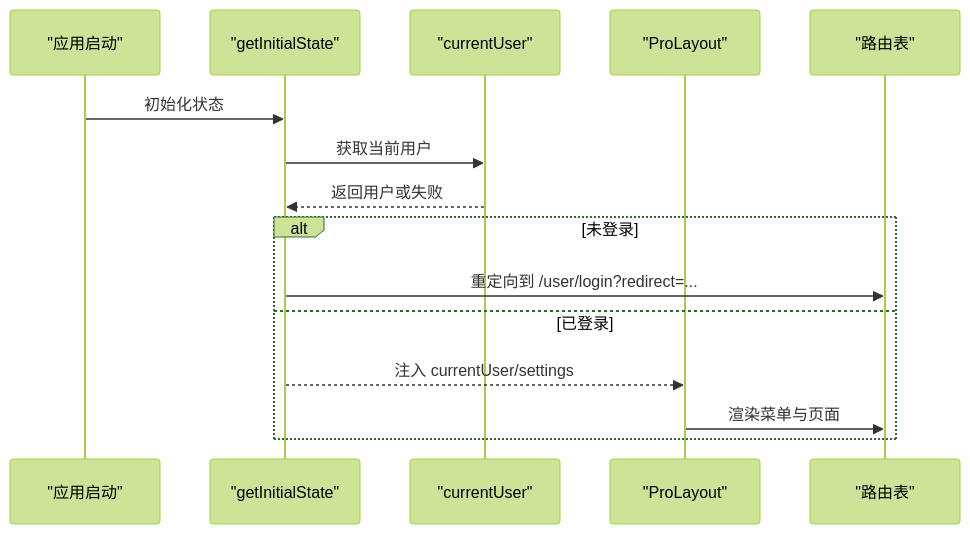
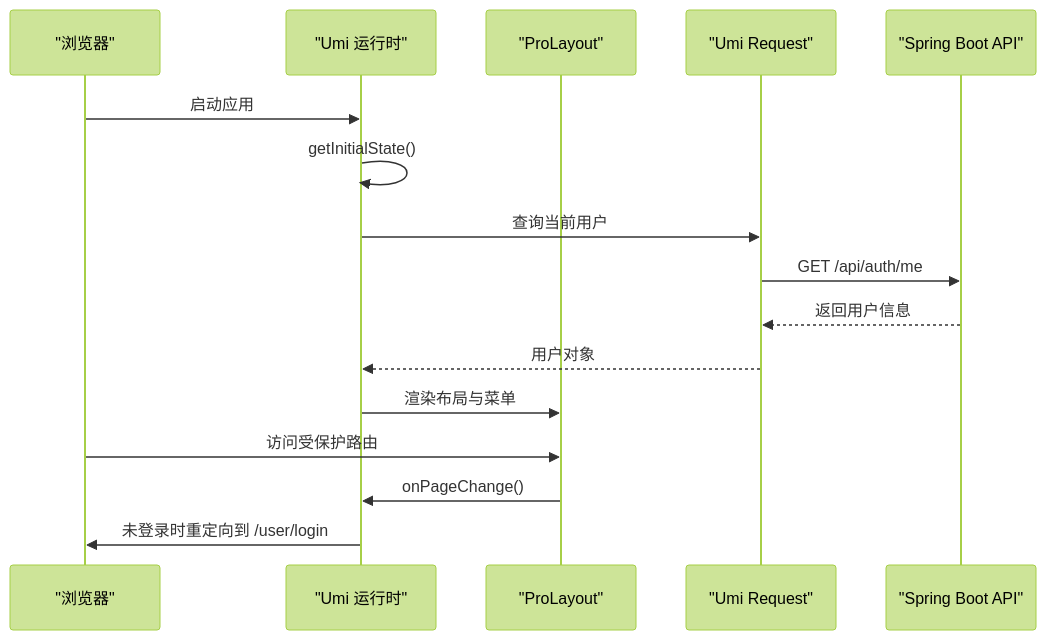
One commit to good-zheng/po changed the fourth of 6 diagrams in .qoder/repowiki/zh/content/前端应用/前端应用.md. Above: the diagram before and after it, drawn with Mermaid (forest theme). The commit also changed other lines of this file and 217 other files, not shown here.

````diff
--- a/.qoder/repowiki/zh/content/前端应用/前端应用.md
+++ b/.qoder/repowiki/zh/content/前端应用/前端应用.md
@@ -256,17 +222,18 @@
 ```mermaid
 sequenceDiagram
-participant App as "应用启动"
-participant Init as "getInitialState"
-participant API as "currentUser"
+participant Browser as "浏览器"
+participant Umi as "Umi 运行时"
 participant Layout as "ProLayout"
-participant Routes as "路由表"
-App->>Init : 初始化状态
-Init->>API : 获取当前用户
-API-->>Init : 返回用户或失败
-alt 未登录
-Init->>Routes : 重定向到 /user/login?redirect=...
-else 已登录
-Init-->>Layout : 注入 currentUser/settings
-Layout->>Routes : 渲染菜单与页面
-end
+participant Request as "Umi Request"
+participant API as "Spring Boot API"
+Browser->>Umi : 启动应用
+Umi->>Umi : getInitialState()
+Umi->>Request : 查询当前用户
+Request->>API : GET /api/auth/me
+API-->>Request : 返回用户信息
+Request-->>Umi : 用户对象
+Umi->>Layout : 渲染布局与菜单
+Browser->>Layout : 访问受保护路由
+Layout->>Umi : onPageChange()
+Umi->>Browser : 未登录时重定向到 /user/login
 ```
````
